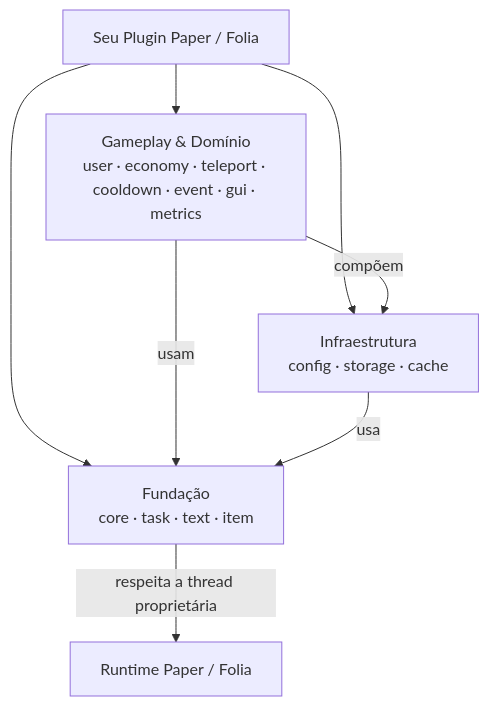
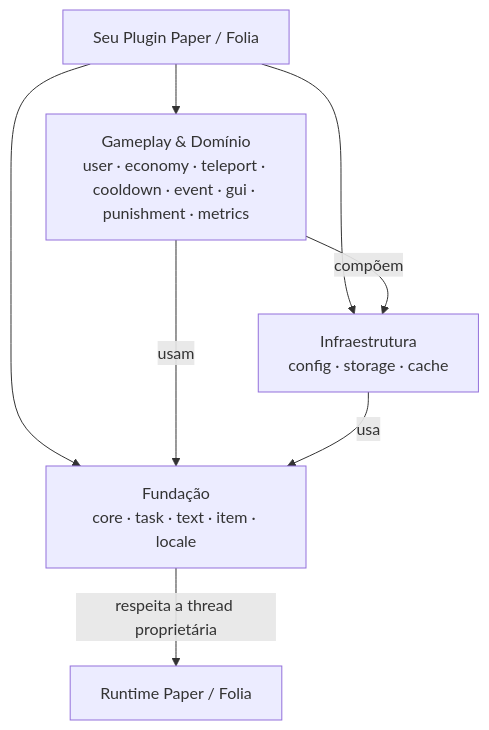
One commit to HanielCota/Cotani changed the diagram in README.pt-BR.md. Above: the diagram before and after it, drawn with Mermaid. The commit also changed other lines of this file and 510 other files, not shown here.

````diff
--- a/README.pt-BR.md
+++ b/README.pt-BR.md
@@ -154,16 +167,16 @@
 ```mermaid
 flowchart TB
     Plugin["Seu Plugin Paper / Folia"]
-    Features["Gameplay & Domínio<br/>user · economy · teleport · cooldown · event · gui · metrics"]
+    Features["Gameplay & Domínio<br/>user · economy · teleport · cooldown · event · gui · punishment · metrics"]
     Infrastructure["Infraestrutura<br/>config · storage · cache"]
-    Foundation["Fundação<br/>core · task · text · item"]
+    Foundation["Fundação<br/>core · task · text · item · locale"]
     Runtime["Runtime Paper / Folia"]
 
     Plugin --> Features
     Plugin --> Infrastructure
     Plugin --> Foundation
     Features -->|compõem| Infrastructure
     Features -->|usam| Foundation
     Infrastructure -->|usa| Foundation
     Foundation -->|respeita a thread proprietária| Runtime
 ```
````
